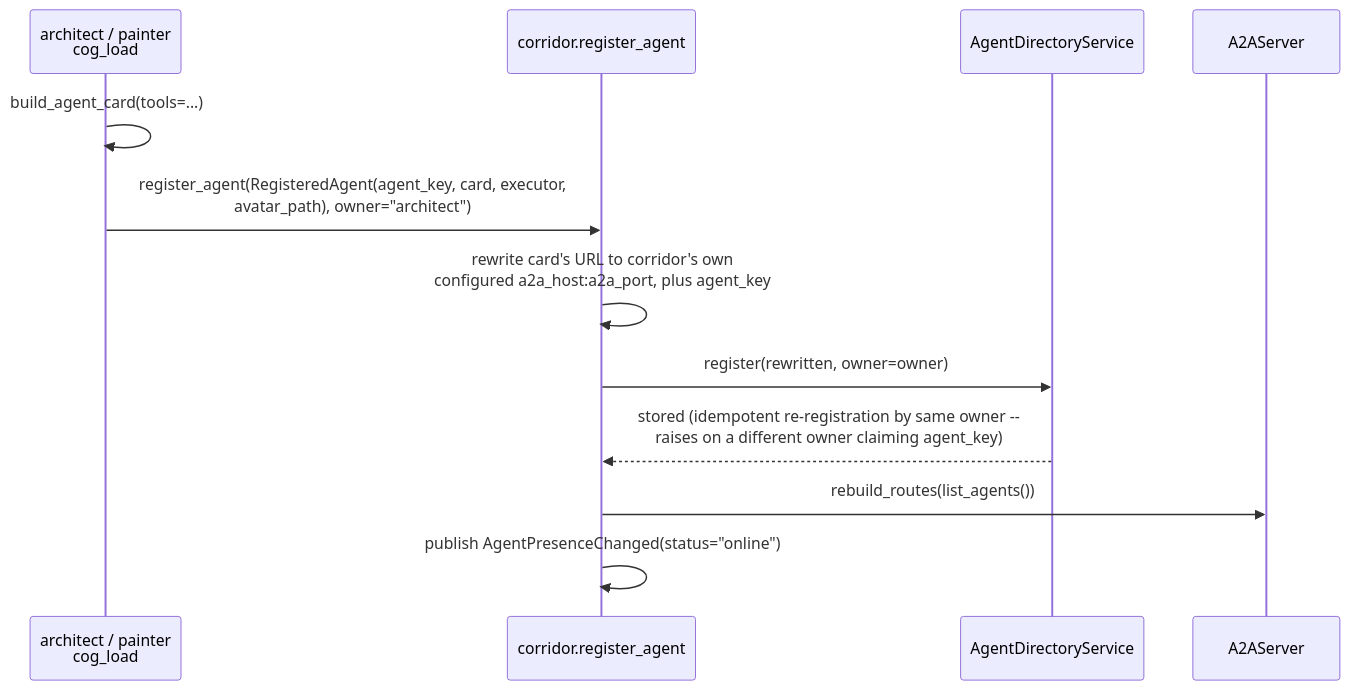
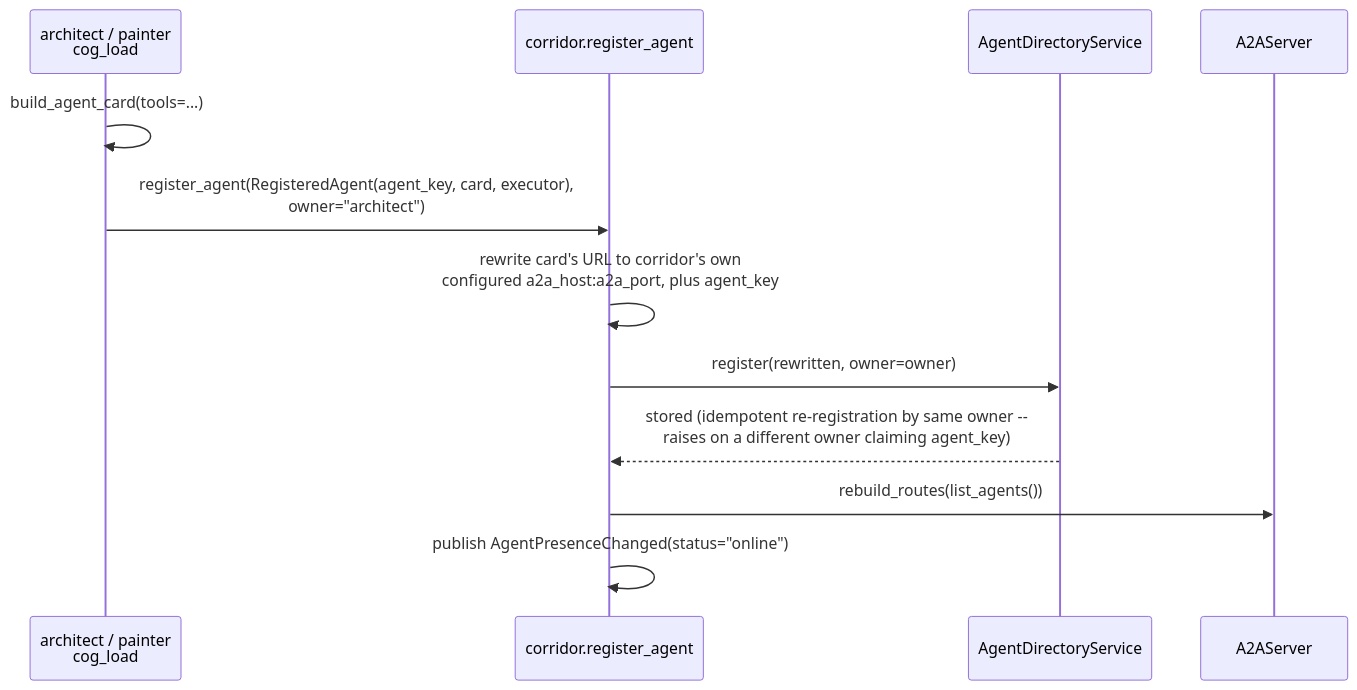
The second of 3 diagrams in docs/agent-directory-design.md (pixel-agents-hq/pixel-agents-cogs), drawn with Mermaid before and after one commit. The commit also changed other lines of this file and 39 other files, not shown here.

````diff
--- a/docs/agent-directory-design.md
+++ b/docs/agent-directory-design.md
@@ -134,15 +132,15 @@
 ```mermaid
 sequenceDiagram
     participant Agent as architect / painter<br/>cog_load
     participant Corridor as corridor.register_agent
     participant Dir as AgentDirectoryService
     participant Server as A2AServer
 
     Agent->>Agent: build_agent_card(tools=...)
-    Agent->>Corridor: register_agent(RegisteredAgent(agent_key, card, executor,<br/>avatar_path), owner="architect")
+    Agent->>Corridor: register_agent(RegisteredAgent(agent_key, card, executor),<br/>owner="architect")
     Corridor->>Corridor: rewrite card's URL to corridor's own<br/>configured a2a_host:a2a_port, plus agent_key
     Corridor->>Dir: register(rewritten, owner=owner)
     Dir-->>Corridor: stored (idempotent re-registration by same owner --<br/>raises on a different owner claiming agent_key)
     Corridor->>Server: rebuild_routes(list_agents())
     Corridor->>Corridor: publish AgentPresenceChanged(status="online")
 ```
````
